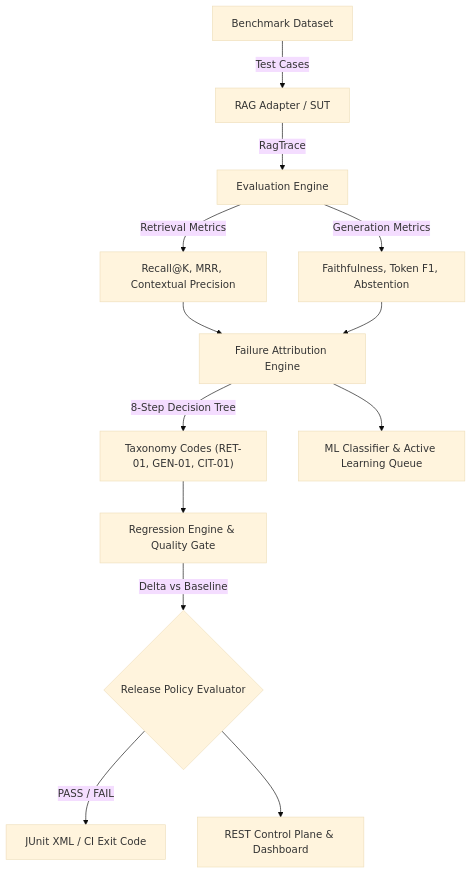
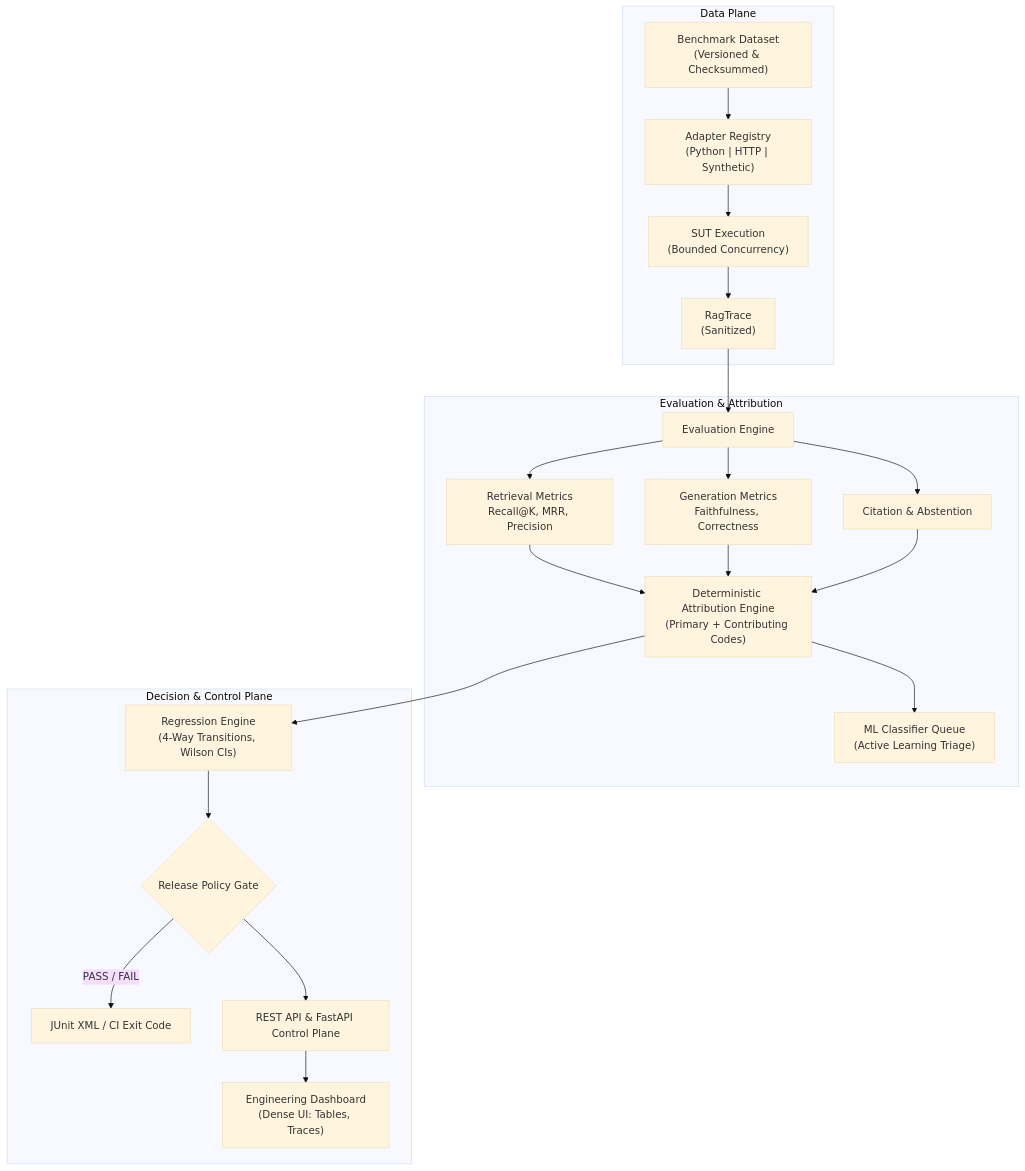
Before and after one commit to harsh-1o/Reliab: the diagram in README.md, drawn with Mermaid (base theme). The commit also changed other lines of this file and 25 other files, not shown here.

Commit message:
feat(audit): comprehensive senior engineering pass on reliability, security, evaluation and CI

````diff
--- a/README.md
+++ b/README.md
@@ -39,15 +59,25 @@
 ```mermaid
 flowchart TD
-    A["Benchmark Dataset"] -->|"Test Cases"| B["RAG Adapter / SUT"]
-    B -->|"RagTrace"| C["Evaluation Engine"]
-    C -->|"Retrieval Metrics"| D["Recall@K, MRR, Contextual Precision"]
-    C -->|"Generation Metrics"| E["Faithfulness, Token F1, Abstention"]
-    D --> F["Failure Attribution Engine"]
-    E --> F
-    F -->|"8-Step Decision Tree"| G["Taxonomy Codes (RET-01, GEN-01, CIT-01)"]
-    G --> H["Regression Engine & Quality Gate"]
-    H -->|"Delta vs Baseline"| I{"Release Policy Evaluator"}
-    I -->|"PASS / FAIL"| J["JUnit XML / CI Exit Code"]
-    I --> K["REST Control Plane & Dashboard"]
-    F --> L["ML Classifier & Active Learning Queue"]
+    subgraph DataPlane["Data Plane"]
+        A["Benchmark Dataset<br/>(Versioned & Checksummed)"] --> B["Adapter Registry<br/>(Python | HTTP | Synthetic)"]
+        B --> C["SUT Execution<br/>(Bounded Concurrency)"]
+        C --> D["RagTrace<br/>(Sanitized)"]
+    end
+
+    subgraph EvalPlane["Evaluation & Attribution"]
+        D --> E["Evaluation Engine"]
+        E --> F1["Retrieval Metrics<br/>Recall@K, MRR, Precision"]
+        E --> F2["Generation Metrics<br/>Faithfulness, Correctness"]
+        E --> F3["Citation & Abstention"]
+        F1 & F2 & F3 --> G["Deterministic Attribution Engine<br/>(Primary + Contributing Codes)"]
+        G --> H["ML Classifier Queue<br/>(Active Learning Triage)"]
+    end
+
+    subgraph DecisionPlane["Decision & Control Plane"]
+        G --> I["Regression Engine<br/>(4-Way Transitions, Wilson CIs)"]
+        I --> J{"Release Policy Gate"}
+        J -->|"PASS / FAIL"| K["JUnit XML / CI Exit Code"]
+        J --> L["REST API & FastAPI Control Plane"]
+        L --> M["Engineering Dashboard<br/>(Dense UI: Tables, Traces)"]
+    end
 ```
````
